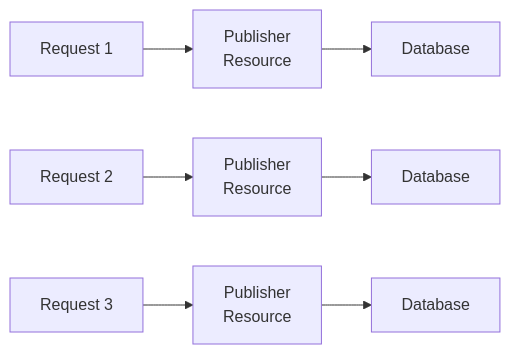
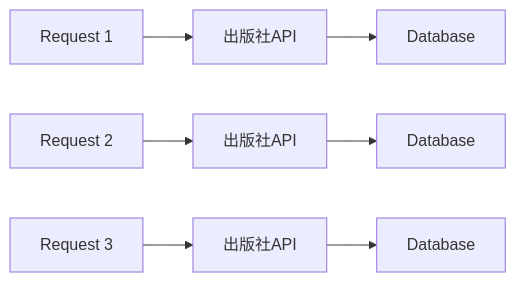
One commit to KenyaSaitoh/ai_driven_dev_202601 changed the fourth of 4 diagrams in projects/sdd/bookstore/back-office-api-sdd/specs/baseline/api/API_004_publishers/functional_design.md. Above: the diagram before and after it, drawn with Mermaid. The commit also changed other lines of this file and 52 other files, not shown here.

````diff
--- a/projects/sdd/bookstore/back-office-api-sdd/specs/baseline/api/API_004_publishers/functional_design.md
+++ b/projects/sdd/bookstore/back-office-api-sdd/specs/baseline/api/API_004_publishers/functional_design.md
@@ -380,11 +341,11 @@
 ```mermaid
 graph LR
-    R1[Request 1] --> PR1[Publisher<br/>Resource]
-    PR1 --> DB1[Database]
+    R1[Request 1] --> API1[出版社API]
+    API1 --> DB1[Database]
     
-    R2[Request 2] --> PR2[Publisher<br/>Resource]
-    PR2 --> DB2[Database]
+    R2[Request 2] --> API2[出版社API]
+    API2 --> DB2[Database]
     
-    R3[Request 3] --> PR3[Publisher<br/>Resource]
-    PR3 --> DB3[Database]
+    R3[Request 3] --> API3[出版社API]
+    API3 --> DB3[Database]
 ```
````
